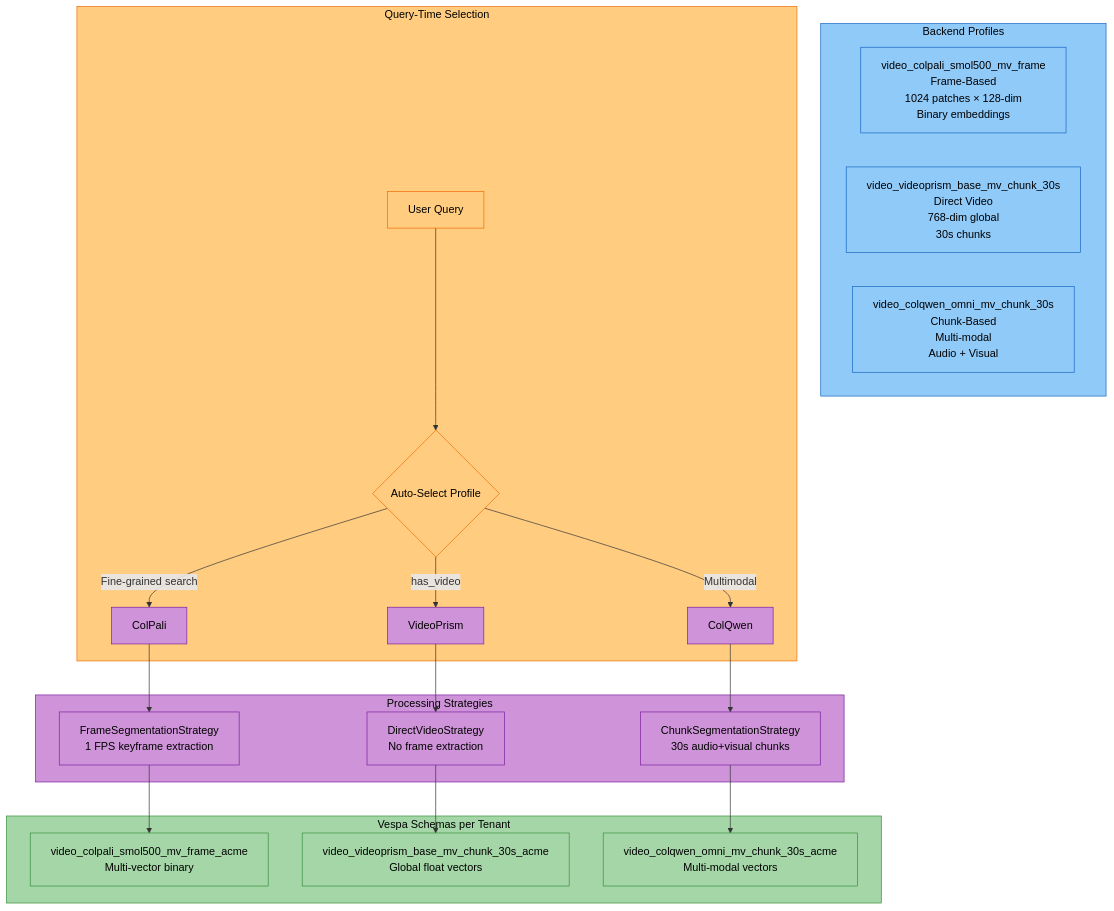
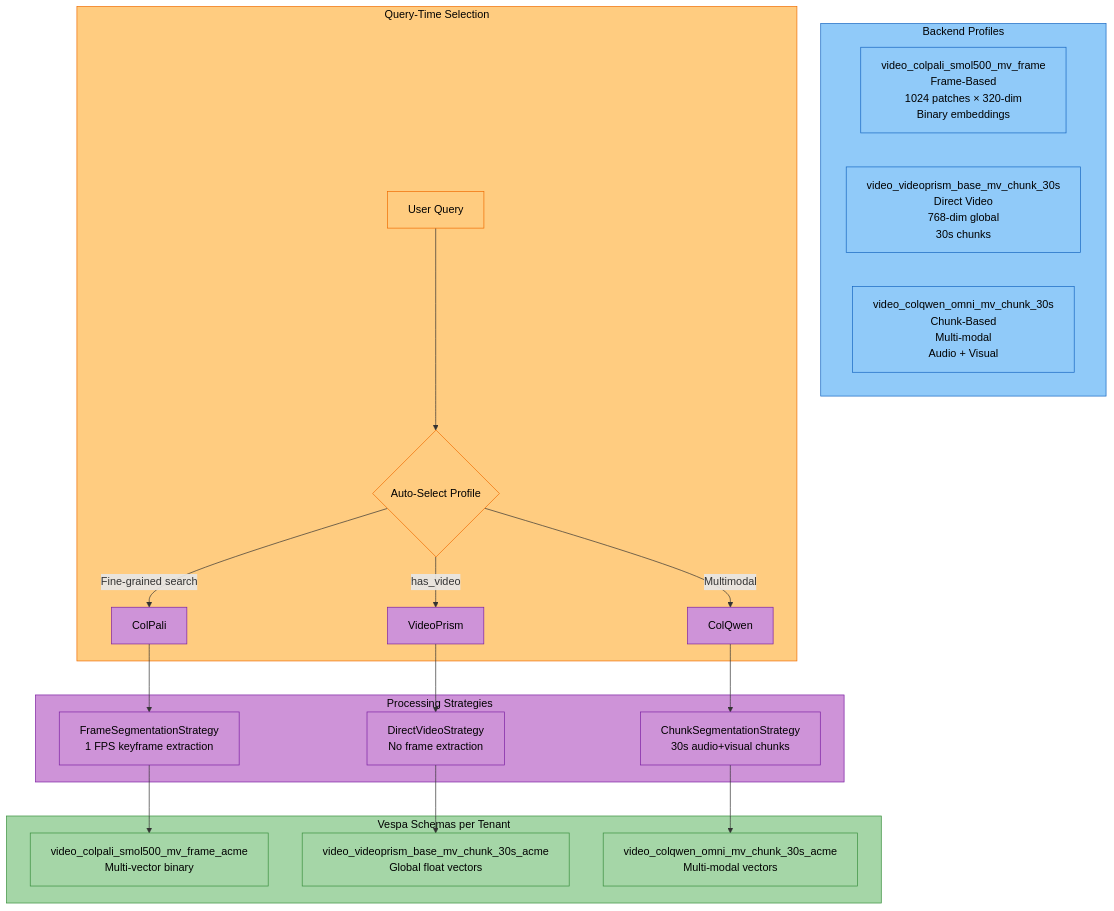
Before and after one commit to amit-jain/cogniverse: the fifth of 9 diagrams in docs/modules/backends.md, drawn with Mermaid. The commit also changed other lines of this file and 7 other files, not shown here.

Commit message:
Align agent integration tests to Tomoro tenant, schema, and dims

````diff
--- a/docs/modules/backends.md
+++ b/docs/modules/backends.md
@@ -598,46 +598,46 @@
 ```mermaid
 flowchart TB
     subgraph Profiles["<span style='color:#000'>Backend Profiles</span>"]
-        ColPali["<span style='color:#000'>video_colpali_smol500_mv_frame<br/>Frame-Based<br/>1024 patches × 128-dim<br/>Binary embeddings</span>"]
+        ColPali["<span style='color:#000'>video_colpali_smol500_mv_frame<br/>Frame-Based<br/>1024 patches × 320-dim<br/>Binary embeddings</span>"]
         VideoPrism["<span style='color:#000'>video_videoprism_base_mv_chunk_30s<br/>Direct Video<br/>768-dim global<br/>30s chunks</span>"]
         ColQwen["<span style='color:#000'>video_colqwen_omni_mv_chunk_30s<br/>Chunk-Based<br/>Multi-modal<br/>Audio + Visual</span>"]
     end
 
     subgraph QueryTime["<span style='color:#000'>Query-Time Selection</span>"]
         Query["<span style='color:#000'>User Query</span>"] --> AutoSelect{"<span style='color:#000'>Auto-Select Profile</span>"}
         AutoSelect -->|has_video| SelectVideoPrism
         AutoSelect -->|Fine-grained search| SelectColPali
         AutoSelect -->|Multimodal| SelectColQwen
     end
 
     subgraph Strategies["<span style='color:#000'>Processing Strategies</span>"]
         SelectColPali["<span style='color:#000'>ColPali</span>"] --> FrameSeg["<span style='color:#000'>FrameSegmentationStrategy<br/>1 FPS keyframe extraction</span>"]
         SelectVideoPrism["<span style='color:#000'>VideoPrism</span>"] --> DirectVideo["<span style='color:#000'>DirectVideoStrategy<br/>No frame extraction</span>"]
         SelectColQwen["<span style='color:#000'>ColQwen</span>"] --> ChunkSeg["<span style='color:#000'>ChunkSegmentationStrategy<br/>30s audio+visual chunks</span>"]
     end
 
     subgraph VespaSchemas["<span style='color:#000'>Vespa Schemas per Tenant</span>"]
         FrameSeg --> ColPaliSchema["<span style='color:#000'>video_colpali_smol500_mv_frame_acme<br/>Multi-vector binary</span>"]
         DirectVideo --> VideoPrismSchema["<span style='color:#000'>video_videoprism_base_mv_chunk_30s_acme<br/>Global float vectors</span>"]
         ChunkSeg --> ColQwenSchema["<span style='color:#000'>video_colqwen_omni_mv_chunk_30s_acme<br/>Multi-modal vectors</span>"]
     end
 
     style Profiles fill:#90caf9,stroke:#1565c0,color:#000
     style QueryTime fill:#ffcc80,stroke:#ef6c00,color:#000
     style Strategies fill:#ce93d8,stroke:#7b1fa2,color:#000
     style VespaSchemas fill:#a5d6a7,stroke:#388e3c,color:#000
     style ColPali fill:#90caf9,stroke:#1565c0,color:#000
     style VideoPrism fill:#90caf9,stroke:#1565c0,color:#000
     style ColQwen fill:#90caf9,stroke:#1565c0,color:#000
     style Query fill:#ffcc80,stroke:#ef6c00,color:#000
     style AutoSelect fill:#ffcc80,stroke:#ef6c00,color:#000
     style SelectColPali fill:#ce93d8,stroke:#7b1fa2,color:#000
     style SelectVideoPrism fill:#ce93d8,stroke:#7b1fa2,color:#000
     style SelectColQwen fill:#ce93d8,stroke:#7b1fa2,color:#000
     style FrameSeg fill:#ce93d8,stroke:#7b1fa2,color:#000
     style DirectVideo fill:#ce93d8,stroke:#7b1fa2,color:#000
     style ChunkSeg fill:#ce93d8,stroke:#7b1fa2,color:#000
     style ColPaliSchema fill:#a5d6a7,stroke:#388e3c,color:#000
     style VideoPrismSchema fill:#a5d6a7,stroke:#388e3c,color:#000
     style ColQwenSchema fill:#a5d6a7,stroke:#388e3c,color:#000
 ```
````
